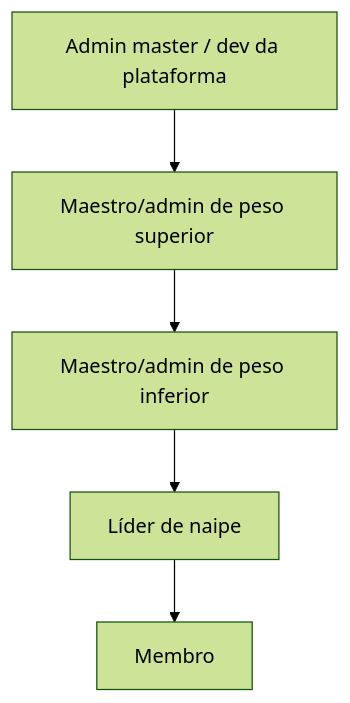
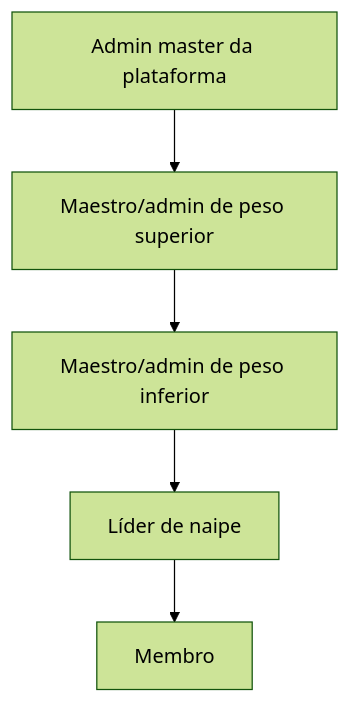
One commit to KogaKleins/Concentus changed the first of 2 diagrams in docs/product/roles-and-permissions.md. Above: the diagram before and after it, drawn with Mermaid (forest theme). The commit also changed other lines of this file and 18 other files, not shown here.

````diff
--- a/docs/product/roles-and-permissions.md
+++ b/docs/product/roles-and-permissions.md
@@ -5,8 +5,8 @@
 ```mermaid
 flowchart TD
-    MASTER[Admin master / dev da plataforma]
+    MASTER[Admin master da plataforma]
     MASTER --> ADMIN_HIGH[Maestro/admin de peso superior]
     ADMIN_HIGH --> ADMIN_LOW[Maestro/admin de peso inferior]
     ADMIN_LOW --> LEADER[Líder de naipe]
     LEADER --> MEMBER[Membro]
 ```
````
